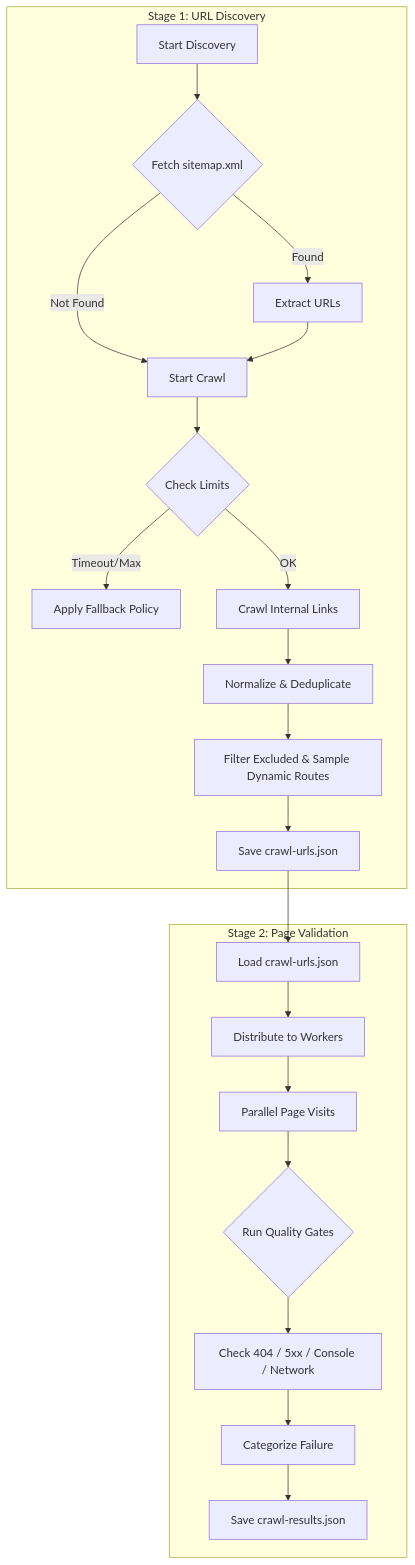
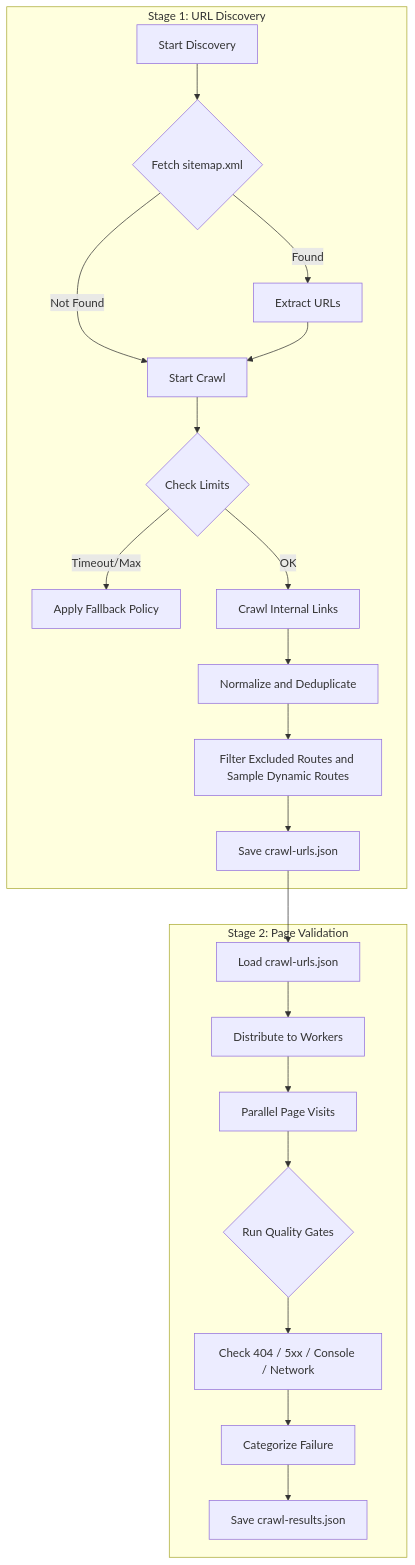
Before and after one commit to ZunaTtang/leagueoftraders-qa-automation: the diagram in CRAWLER_ARCHITECTURE.md, drawn with Mermaid. The commit also changed other lines of this file and 11 other files, not shown here.

````diff
--- a/CRAWLER_ARCHITECTURE.md
+++ b/CRAWLER_ARCHITECTURE.md
@@ -8,26 +9,26 @@
 ```mermaid
 graph TD
     subgraph Stage 1: URL Discovery
         A[Start Discovery] --> B{Fetch sitemap.xml}
         B -->|Found| C[Extract URLs]
         B -->|Not Found| D[Start Crawl]
         C --> D
         D --> E{Check Limits}
         E -->|Timeout/Max| F[Apply Fallback Policy]
         E -->|OK| G[Crawl Internal Links]
-        G --> H[Normalize & Deduplicate]
-        H --> I[Filter Excluded & Sample Dynamic Routes]
+        G --> H[Normalize and Deduplicate]
+        H --> I[Filter Excluded Routes and Sample Dynamic Routes]
         I --> J[Save crawl-urls.json]
     end
 
     subgraph Stage 2: Page Validation
         K[Load crawl-urls.json] --> L[Distribute to Workers]
         L --> M[Parallel Page Visits]
         M --> N{Run Quality Gates}
         N --> O[Check 404 / 5xx / Console / Network]
         O --> P[Categorize Failure]
         P --> Q[Save crawl-results.json]
     end
 
     J --> K
 ```
````
